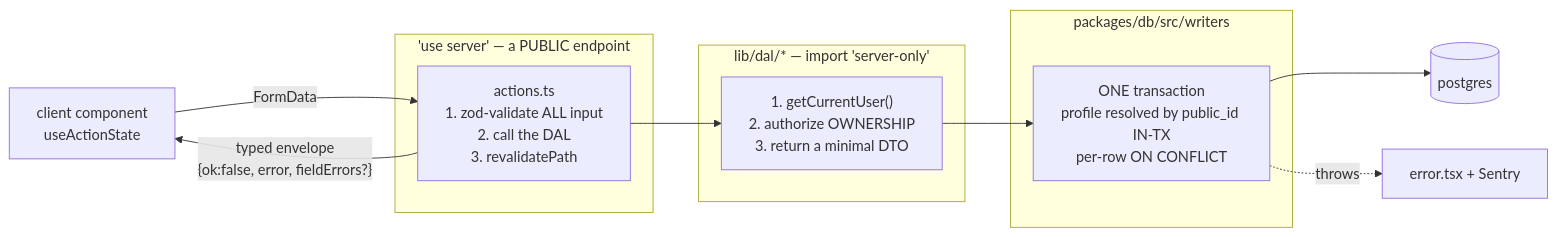
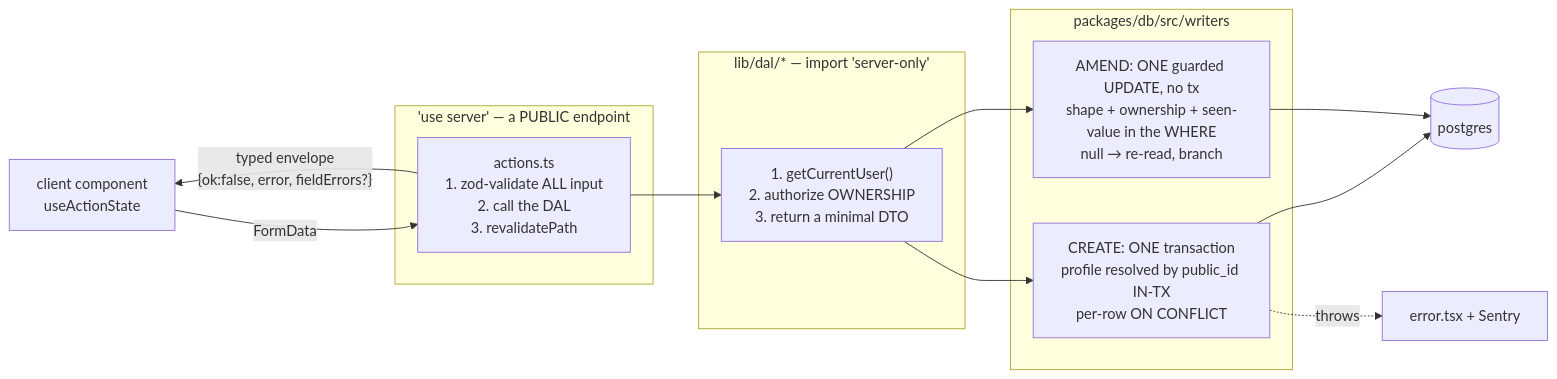
One commit to ralamode/mat-plan changed the diagram in docs/features/write-path.md. Above: the diagram before and after it, drawn with Mermaid. The commit also changed other lines of this file and 33 other files, not shown here.

````diff
--- a/docs/features/write-path.md
+++ b/docs/features/write-path.md
@@ -26,20 +26,22 @@
 ```mermaid
 flowchart LR
   CLIENT["client component<br/>useActionState"] -->|"FormData"| ACTION
 
   subgraph action["'use server' — a PUBLIC endpoint"]
     ACTION["actions.ts<br/>1. zod-validate ALL input<br/>2. call the DAL<br/>3. revalidatePath"]
   end
 
   subgraph dal["lib/dal/* — import 'server-only'"]
     DALFN["1. getCurrentUser()<br/>2. authorize OWNERSHIP<br/>3. return a minimal DTO"]
   end
 
   subgraph writer["packages/db/src/writers"]
-    TX["ONE transaction<br/>profile resolved by public_id IN-TX<br/>per-row ON CONFLICT"]
+    TX["CREATE: ONE transaction<br/>profile resolved by public_id IN-TX<br/>per-row ON CONFLICT"]
+    UPD["AMEND: ONE guarded UPDATE, no tx<br/>shape + ownership + seen-value in the WHERE<br/>null → re-read, branch"]
   end
 
   ACTION --> DALFN --> TX --> DB[(postgres)]
+  DALFN --> UPD --> DB
   ACTION -->|"typed envelope<br/>{ok:false, error, fieldErrors?}"| CLIENT
   TX -.->|"throws"| ERRBOUND["error.tsx + Sentry"]
 ```
````
